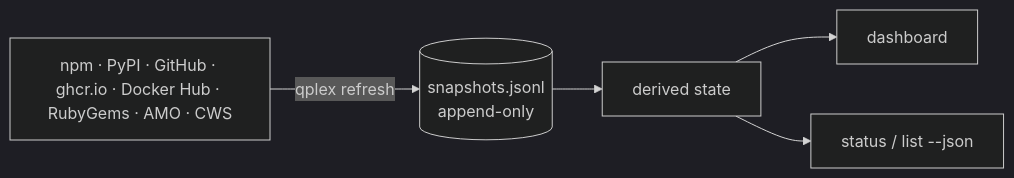
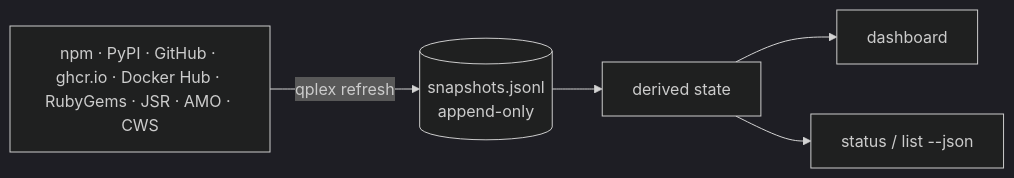
The diagram in README.md (shbernal/quadraplex), drawn with Mermaid (dark theme) before and after one commit. The commit also changed other lines of this file and 27 other files, not shown here.

````diff
--- a/README.md
+++ b/README.md
@@ -111,7 +112,7 @@
 ```mermaid
 flowchart LR
-  R[npm · PyPI · GitHub · ghcr.io · Docker Hub · RubyGems · AMO · CWS] -->|qplex refresh| S[(snapshots.jsonl<br>append-only)]
+  R[npm · PyPI · GitHub · ghcr.io · Docker Hub · RubyGems · JSR · AMO · CWS] -->|qplex refresh| S[(snapshots.jsonl<br>append-only)]
   S --> D[derived state]
   D --> T[dashboard]
   D --> J[status / list --json]
 ```
````
